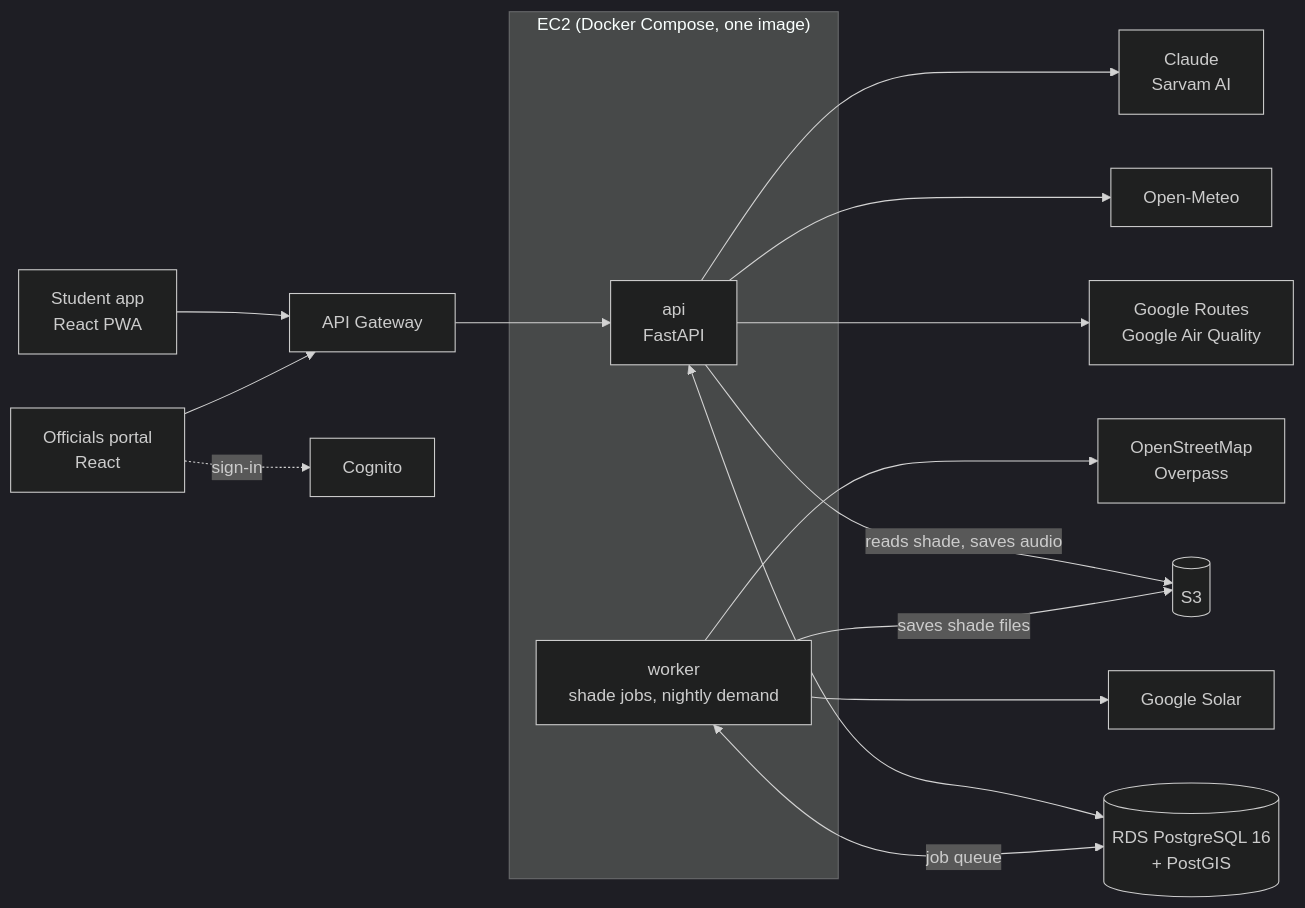
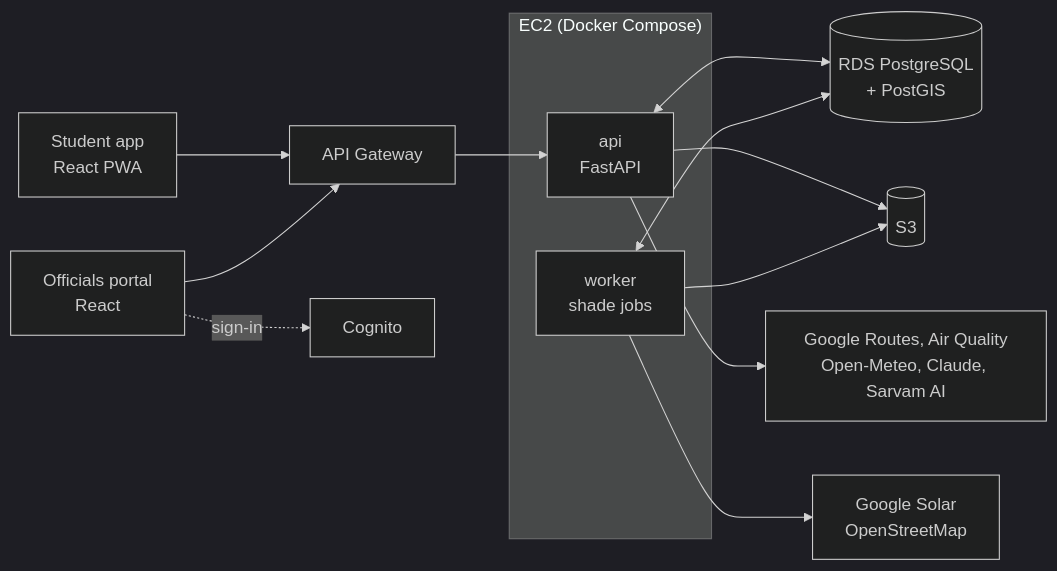
One commit to suryansh04/sunskip changed the diagram in README.md. Above: the diagram before and after it, drawn with Mermaid (dark theme). The commit also changed other lines of this file, not shown here.

````diff
--- a/README.md
+++ b/README.md
@@ -65,20 +61,17 @@
 ```mermaid
 flowchart LR
     app["Student app<br/>React PWA"] --> gw["API Gateway"]
     portal["Officials portal<br/>React"] --> gw
     portal -.->|"sign-in"| cognito["Cognito"]
-    subgraph ec2["EC2 (Docker Compose, one image)"]
+    subgraph ec2["EC2 (Docker Compose)"]
         api["api<br/>FastAPI"]
-        worker["worker<br/>shade jobs, nightly demand"]
+        worker["worker<br/>shade jobs"]
     end
     gw --> api
-    api <--> db[("RDS PostgreSQL 16<br/>+ PostGIS")]
-    worker <-->|"job queue"| db
-    api -->|"reads shade, saves audio"| s3[("S3")]
-    worker -->|"saves shade files"| s3
-    api --> google["Google Routes<br/>Google Air Quality"]
-    api --> meteo["Open-Meteo"]
-    api --> ai["Claude<br/>Sarvam AI"]
-    worker --> solar["Google Solar"]
-    worker --> osm["OpenStreetMap<br/>Overpass"]
+    api <--> db[("RDS PostgreSQL<br/>+ PostGIS")]
+    worker <--> db
+    api --> s3[("S3")]
+    worker --> s3
+    api --> ext["Google Routes, Air Quality<br/>Open-Meteo, Claude, Sarvam AI"]
+    worker --> solar["Google Solar<br/>OpenStreetMap"]
 ```
````
